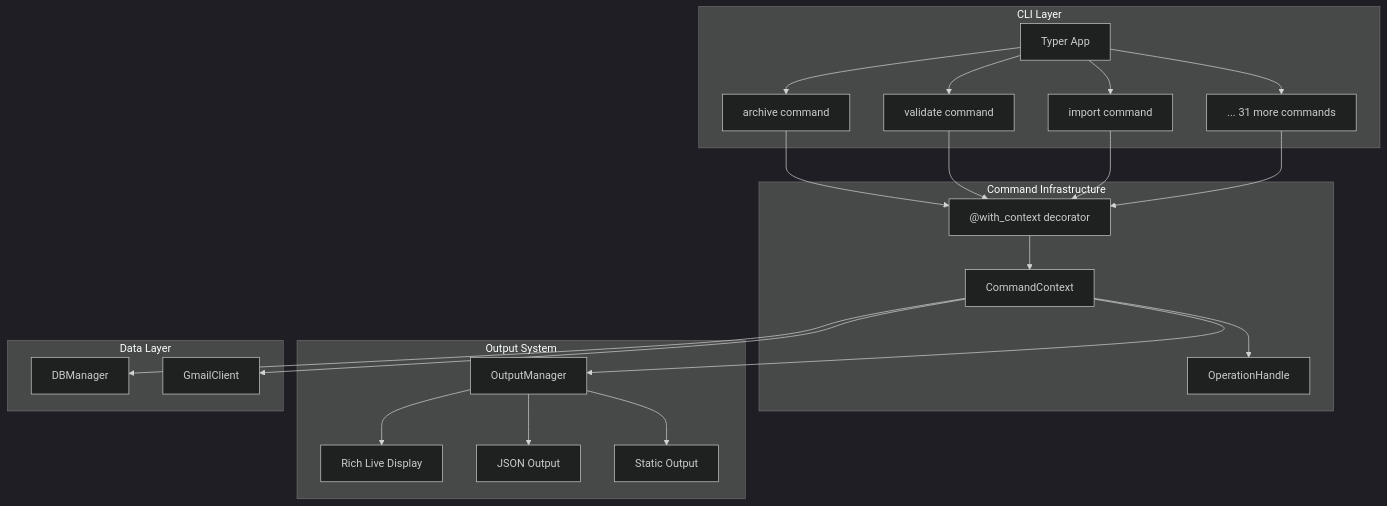
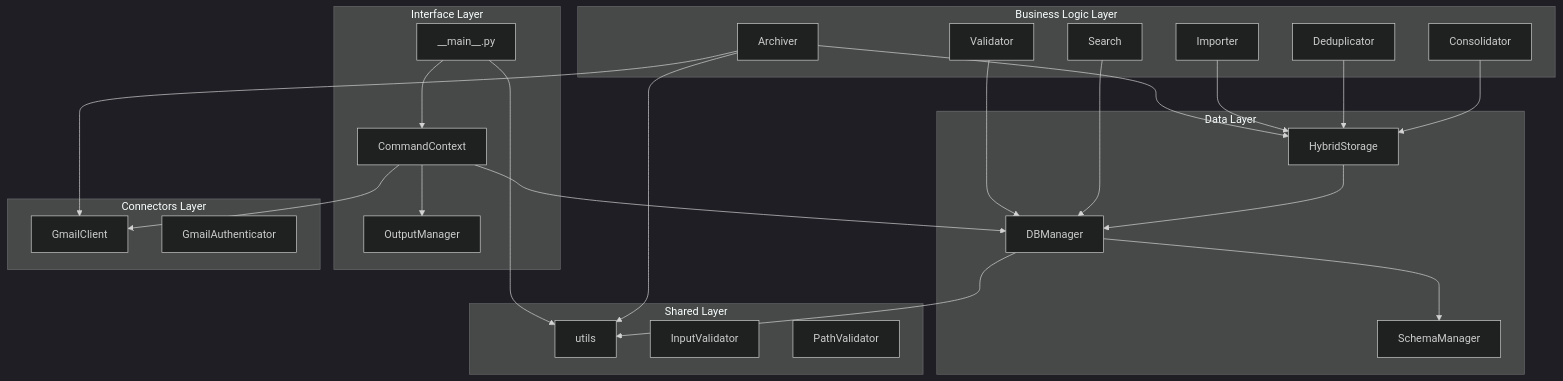
One commit to tumma72/GMailArchiver changed the third of 23 diagrams in docs/ARCHITECTURE.md. Above: the diagram before and after it, drawn with Mermaid (dark theme). The commit also changed other lines of this file and 2 other files, not shown here.

First line of the commit message:
docs: Restructure architecture docs with layer organization

````diff
--- a/docs/ARCHITECTURE.md
+++ b/docs/ARCHITECTURE.md
@@ -955,48 +130,55 @@
 ```mermaid
 graph TB
-    subgraph "CLI Layer"
-        APP[Typer App]
-        CMD1[archive command]
-        CMD2[validate command]
-        CMD3[import command]
-        CMDN[... 31 more commands]
+    subgraph "Interface Layer"
+        CLI[__main__.py]
+        CTX[CommandContext]
+        OUT[OutputManager]
     end
 
-    subgraph "Command Infrastructure"
-        DEC["@with_context decorator"]
-        CTX[CommandContext]
-        OP[OperationHandle]
-    end
-
-    subgraph "Output System"
-        OM[OutputManager]
-        LIVE[Rich Live Display]
-        JSON[JSON Output]
-        STATIC[Static Output]
+    subgraph "Business Logic Layer"
+        ARCH[Archiver]
+        IMP[Importer]
+        VAL[Validator]
+        SRCH[Search]
+        DEDUP[Deduplicator]
+        CONSOL[Consolidator]
     end
 
     subgraph "Data Layer"
-        DB[DBManager]
-        GMAIL[GmailClient]
+        HS[HybridStorage]
+        DBM[DBManager]
+        SM[SchemaManager]
     end
 
-    APP --> CMD1
-    APP --> CMD2
-    APP --> CMD3
-    APP --> CMDN
+    subgraph "Connectors Layer"
+        GMAIL[GmailClient]
+        AUTH[GmailAuthenticator]
+    end
 
-    CMD1 --> DEC
-    CMD2 --> DEC
-    CMD3 --> DEC
-    CMDN --> DEC
+    subgraph "Shared Layer"
+        UTIL[utils]
+        IV[InputValidator]
+        PV[PathValidator]
+    end
 
-    DEC --> CTX
-    CTX --> OM
-    CTX --> OP
-    CTX --> DB
+    CLI --> CTX
+    CTX --> OUT
+    CTX --> DBM
     CTX --> GMAIL
 
-    OM --> LIVE
-    OM --> JSON
-    OM --> STATIC
+    ARCH --> HS
+    IMP --> HS
+    VAL --> DBM
+    SRCH --> DBM
+    DEDUP --> HS
+    CONSOL --> HS
+
+    HS --> DBM
+    DBM --> SM
+
+    ARCH --> GMAIL
+
+    CLI --> UTIL
+    ARCH --> UTIL
+    DBM --> UTIL
 ```
````
